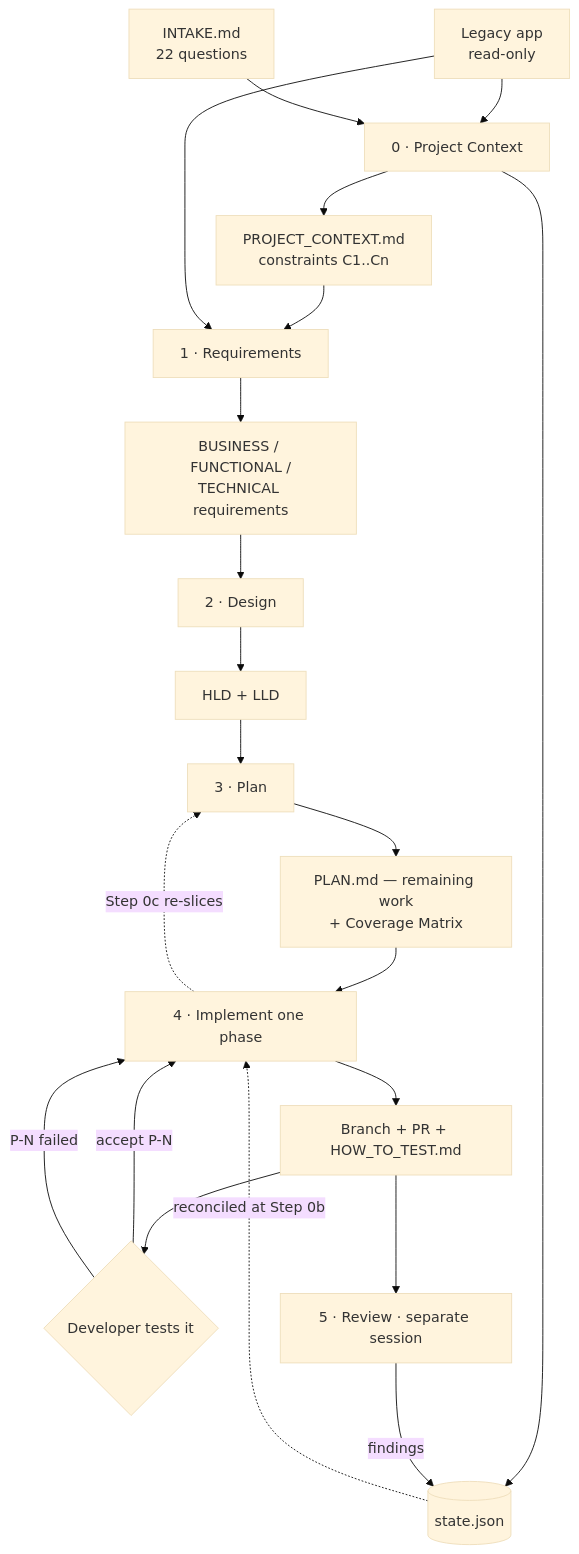
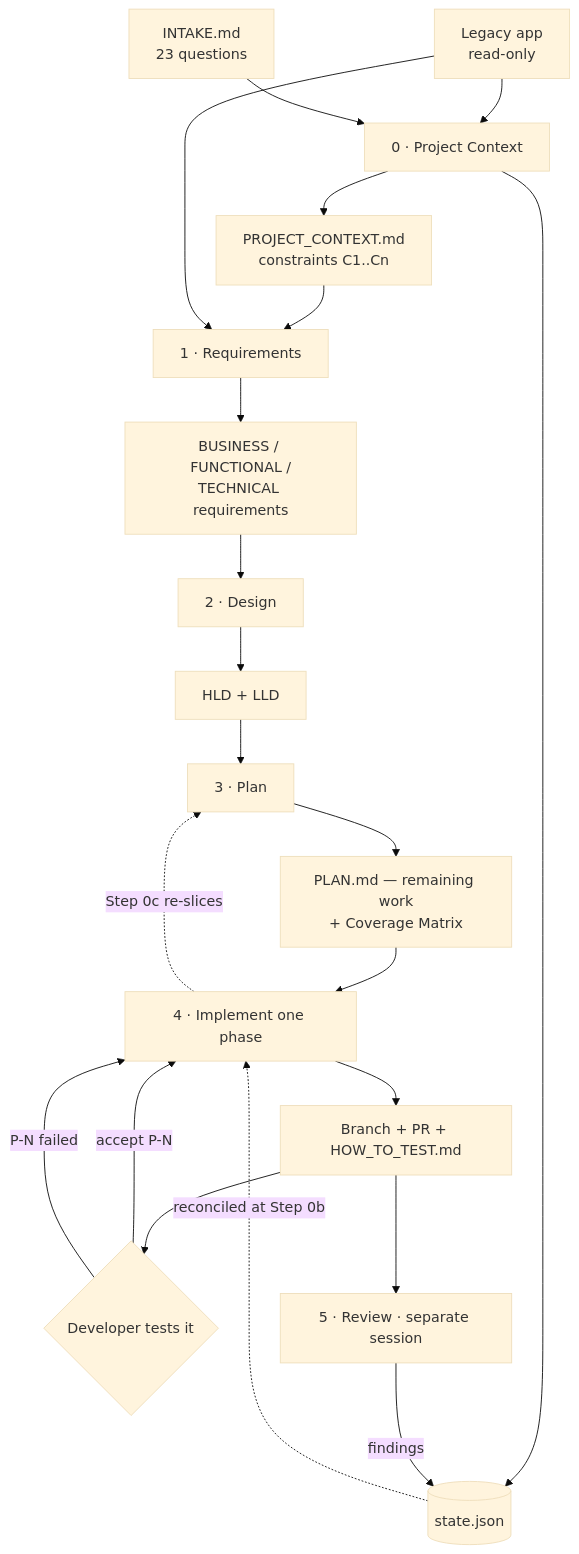
Before and after one commit to Mabeesha/AppModernizationHarness: the first of 4 diagrams in AgentInstructionSet4/docs/DESIGN.md, drawn with Mermaid (base theme). The commit also changed other lines of this file and 5 other files, not shown here.

````diff
--- a/AgentInstructionSet4/docs/DESIGN.md
+++ b/AgentInstructionSet4/docs/DESIGN.md
@@ -32,23 +32,23 @@
 ```mermaid
 flowchart TD
     L[Legacy app<br/>read-only] --> S0
-    I[INTAKE.md<br/>22 questions] --> S0[0 · Project Context]
+    I[INTAKE.md<br/>23 questions] --> S0[0 · Project Context]
     S0 --> PC[PROJECT_CONTEXT.md<br/>constraints C1..Cn]
     S0 --> ST[(state.json)]
     PC --> S1[1 · Requirements]
     L --> S1
     S1 --> REQ[BUSINESS / FUNCTIONAL /<br/>TECHNICAL requirements]
     REQ --> S2[2 · Design]
     S2 --> D[HLD + LLD]
     D --> S3[3 · Plan]
     S3 --> PL[PLAN.md — remaining work<br/>+ Coverage Matrix]
     PL --> S4[4 · Implement one phase]
     S4 --> PR[Branch + PR + HOW_TO_TEST.md]
     PR --> DEV{Developer tests it}
     DEV -- accept P-N --> S4
     DEV -- P-N failed --> S4
     S4 -.->|Step 0c re-slices| S3
     PR --> S5[5 · Review · separate session]
     S5 -->|findings| ST
     ST -.->|reconciled at Step 0b| S4
 ```
````
